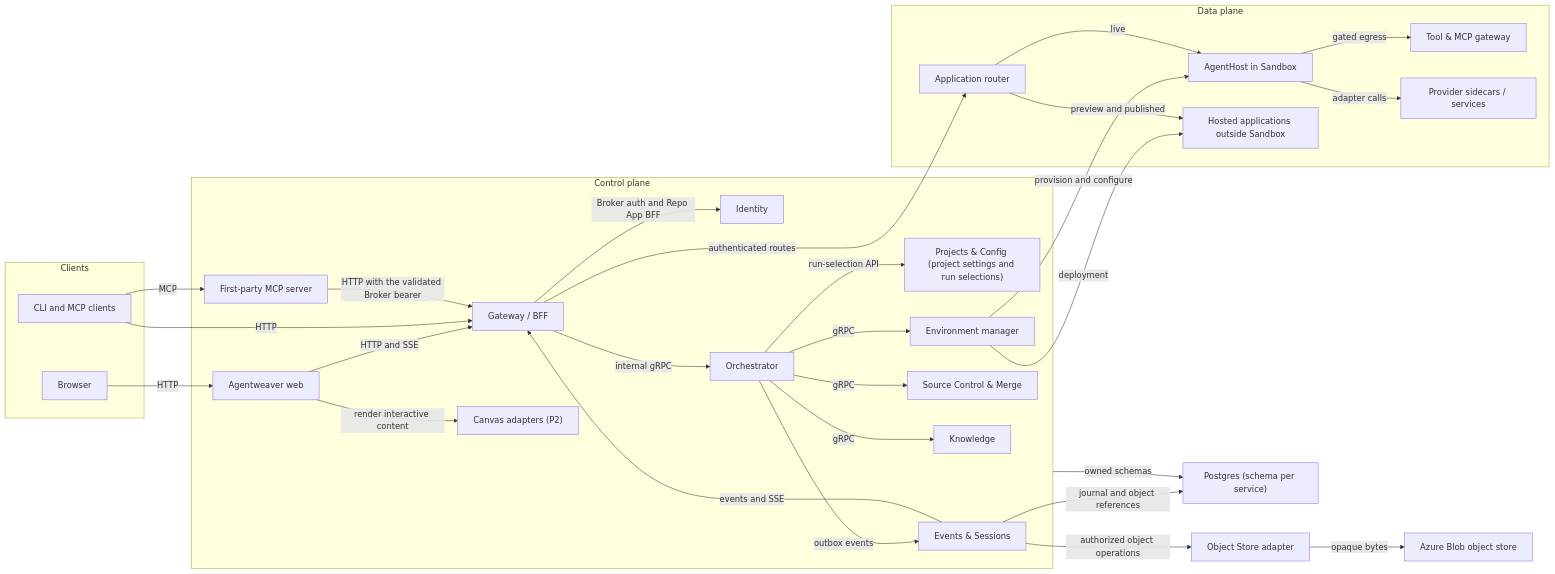
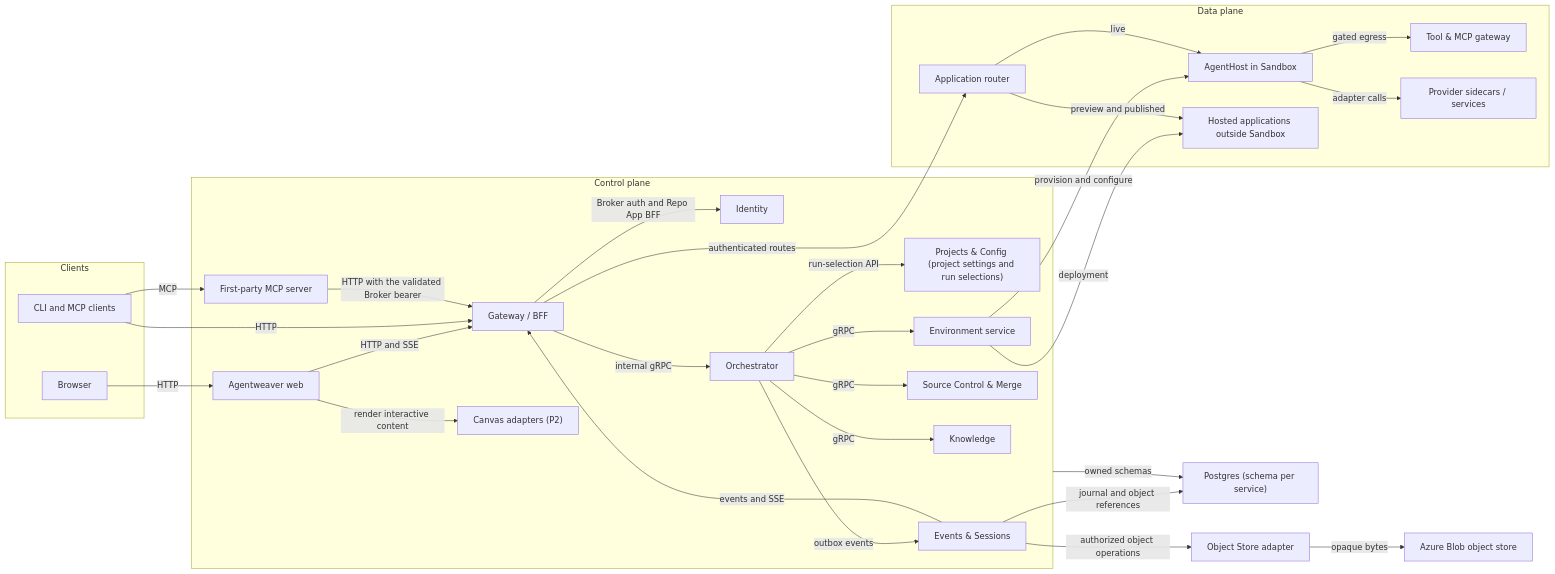
The first of 2 diagrams in docs/architecture/design/services-and-release.md (sabbour/agentweaver), drawn with Mermaid before and after one commit. The commit also changed other lines of this file and 15 other files, not shown here.

````diff
--- a/docs/architecture/design/services-and-release.md
+++ b/docs/architecture/design/services-and-release.md
@@ -77,55 +77,55 @@
 ```mermaid
 flowchart LR
     subgraph Clients["Clients"]
         Browser["Browser"]
         Cli["CLI and MCP clients"]
     end
     subgraph Control["Control plane"]
         Web["Agentweaver web"]
         Bff["Gateway / BFF"]
         Identity["Identity"]
         Config["Projects & Config (project settings and run selections)"]
         Orch["Orchestrator"]
-        Env["Environment manager"]
+        Env["Environment service"]
         Source["Source Control & Merge"]
         Knowledge["Knowledge"]
         Events["Events & Sessions"]
         Mcp["First-party MCP server"]
         Canvas["Canvas adapters (P2)"]
     end
     subgraph Data["Data plane"]
         Host["AgentHost in Sandbox"]
         Tool["Tool & MCP gateway"]
         Router["Application router"]
         Apps["Hosted applications outside Sandbox"]
         Sidecars["Provider sidecars / services"]
     end
     Db["Postgres (schema per service)"]
     Objects["Object Store adapter"]
     Blob["Azure Blob object store"]
     Browser -->|"HTTP"| Web
     Web -->|"HTTP and SSE"| Bff
     Web -->|"render interactive content"| Canvas
     Cli -->|"HTTP"| Bff
     Cli -->|"MCP"| Mcp
     Mcp -->|"HTTP with the validated Broker bearer"| Bff
     Bff -->|"internal gRPC"| Orch
     Bff -->|"Broker auth and Repo App BFF"| Identity
     Orch -->|"run-selection API"| Config
     Orch -->|"gRPC"| Knowledge
     Orch -->|"gRPC"| Source
     Orch -->|"gRPC"| Env
     Orch -->|"outbox events"| Events
     Events -->|"events and SSE"| Bff
     Control -->|"owned schemas"| Db
     Events -->|"journal and object references"| Db
     Events -->|"authorized object operations"| Objects
     Objects -->|"opaque bytes"| Blob
     Env -->|"provision and configure"| Host
     Env -->|"deployment"| Apps
     Host -->|"gated egress"| Tool
     Host -->|"adapter calls"| Sidecars
     Bff -->|"authenticated routes"| Router
     Router -->|"live"| Host
     Router -->|"preview and published"| Apps
 ```
````
